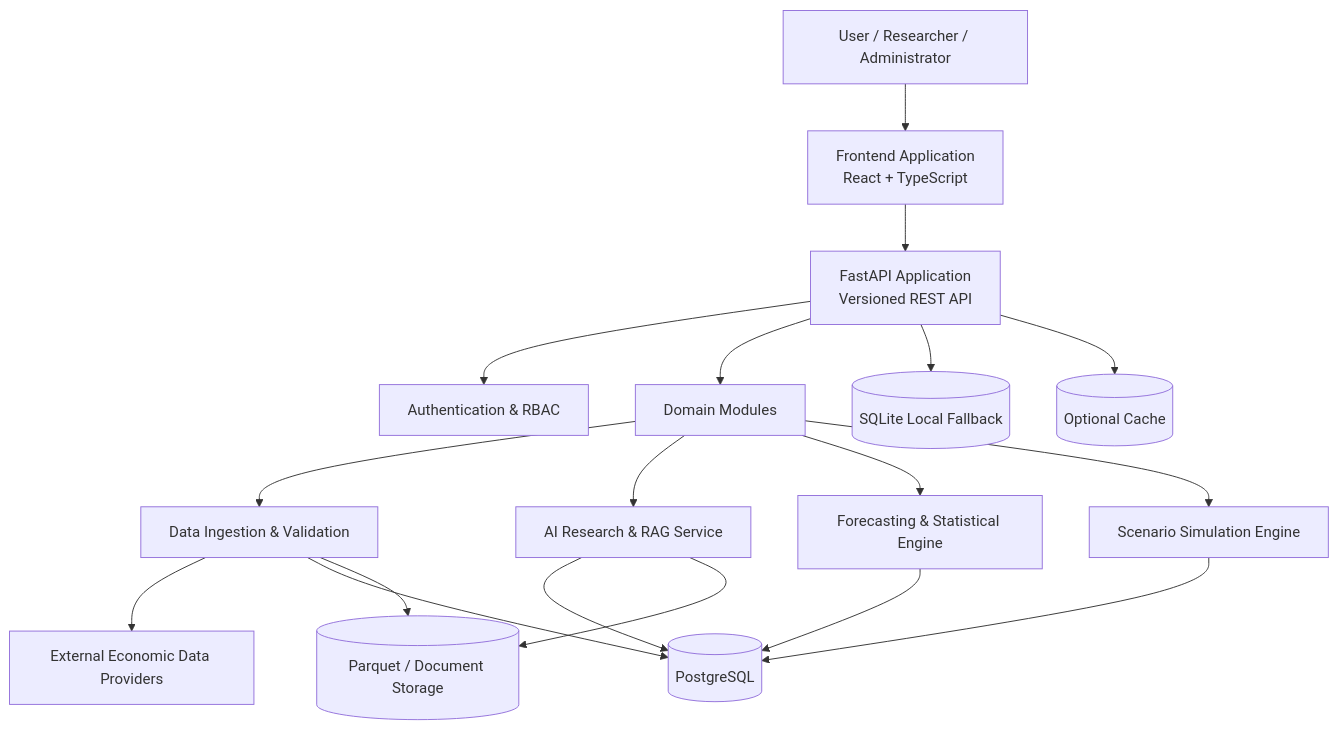
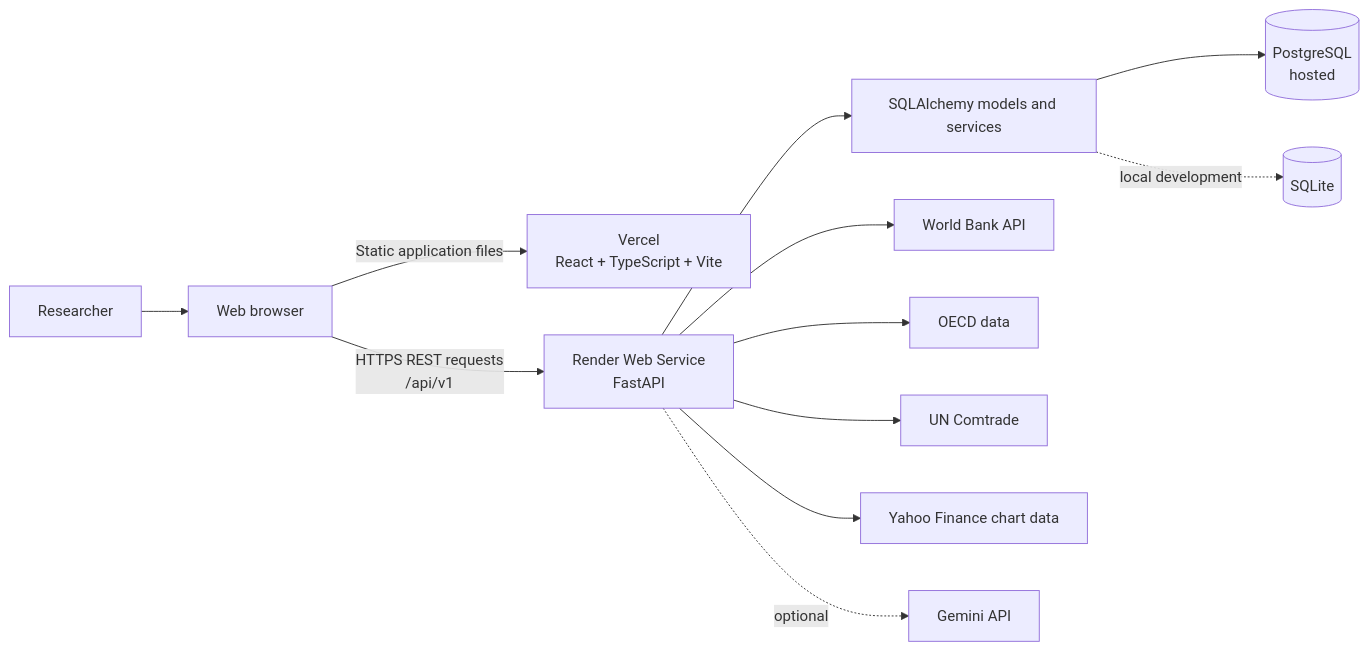
Before and after one commit to 409070349865/ECONOVA: the first of 4 diagrams in README.md, drawn with Mermaid. The commit also changed other lines of this file, not shown here.

````diff
--- a/README.md
+++ b/README.md
@@ -126,35 +44,14 @@
-```mermaid
-flowchart TB
-    U[User / Researcher / Administrator]
-    FE[Frontend Application<br/>React + TypeScript]
-    API[FastAPI Application<br/>Versioned REST API]
-    AUTH[Authentication & RBAC]
-    MOD[Domain Modules]
-    DATA[Data Ingestion & Validation]
-    DB[(PostgreSQL)]
-    SQLITE[(SQLite Local Fallback)]
-    FILES[(Parquet / Document Storage)]
-    CACHE[(Optional Cache)]
-    AI[AI Research & RAG Service]
-    ML[Forecasting & Statistical Engine]
-    SIM[Scenario Simulation Engine]
-    EXT[External Economic Data Providers]
-
-    U --> FE
-    FE --> API
-    API --> AUTH
-    API --> MOD
-    MOD --> DATA
-    DATA --> EXT
-    DATA --> DB
-    DATA --> FILES
-    API --> SQLITE
-    API --> CACHE
-    MOD --> AI
-    MOD --> ML
-    MOD --> SIM
-    AI --> DB
-    AI --> FILES
-    ML --> DB
-    SIM --> DB
-```
+~~~mermaid
+flowchart LR
+    User[Researcher] --> Browser[Web browser]
+    Browser -->|Static application files| Vercel[Vercel<br/>React + TypeScript + Vite]
+    Browser -->|HTTPS REST requests<br/>/api/v1| API[Render Web Service<br/>FastAPI]
+    API --> ORM[SQLAlchemy models and services]
+    ORM --> PG[(PostgreSQL<br/>hosted)]
+    ORM -. local development .-> SQLite[(SQLite)]
+    API --> WB[World Bank API]
+    API --> OECD[OECD data]
+    API --> UN[UN Comtrade]
+    API --> Yahoo[Yahoo Finance chart data]
+    API -. optional .-> Gemini[Gemini API]
+~~~
````
